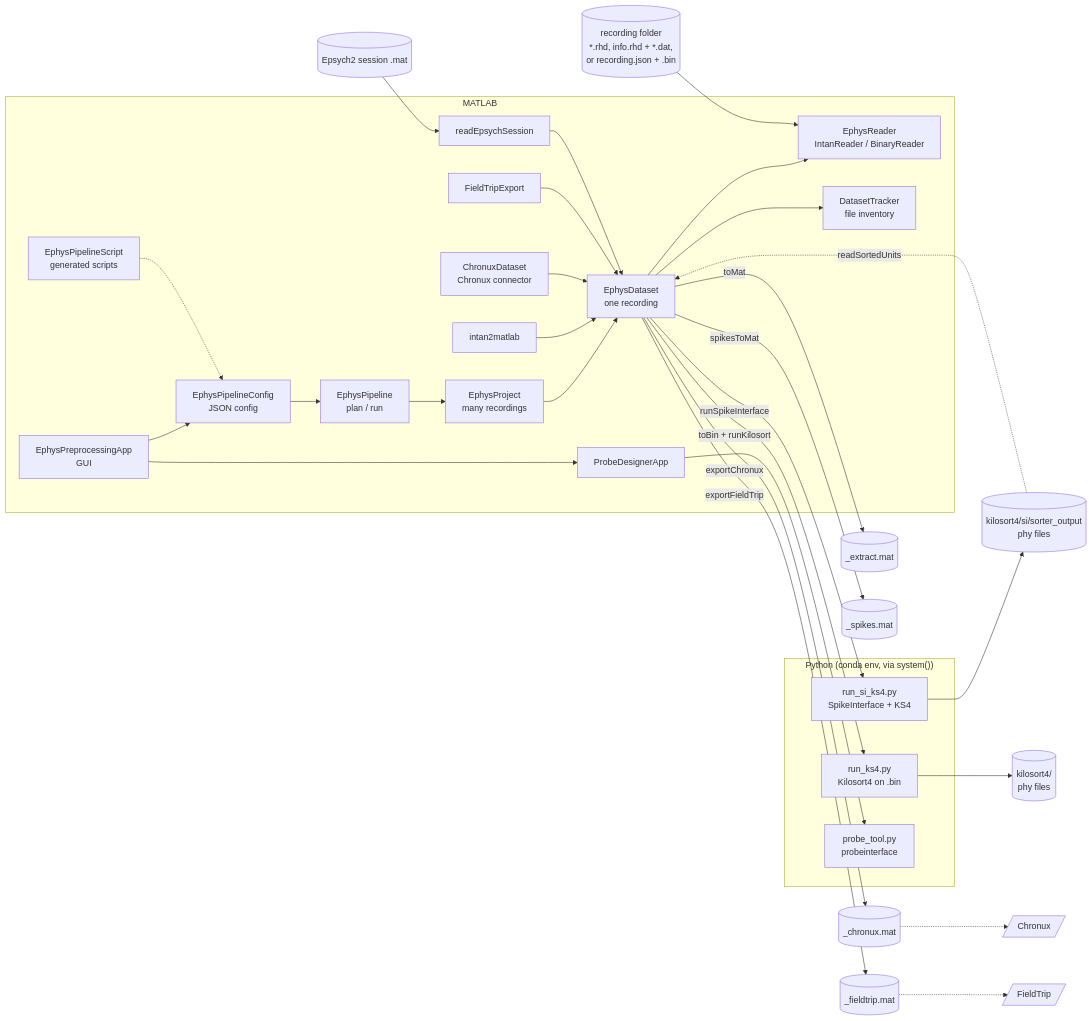
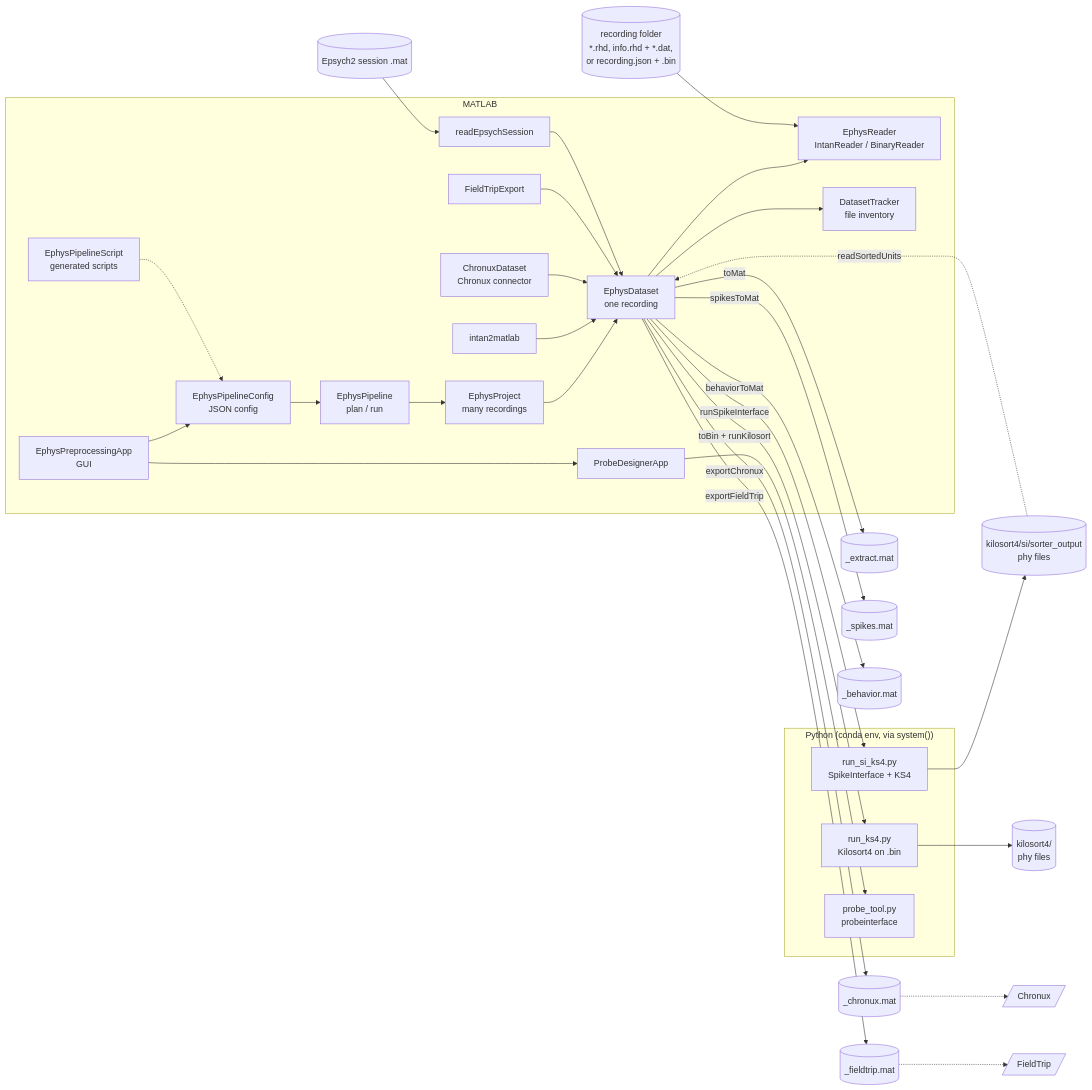
The diagram in documentation/README.md (dstolz/ephys_analysis), drawn with Mermaid before and after one commit. The commit also changed 72 other files, not shown here.

````diff
--- a/documentation/README.md
+++ b/documentation/README.md
@@ -38,36 +38,37 @@
 ```mermaid
 flowchart LR
     subgraph MATLAB
         APP[EphysPreprocessingApp<br/>GUI] --> CFG[EphysPipelineConfig<br/>JSON config]
         CFG --> PIPE[EphysPipeline<br/>plan / run]
         SCR[EphysPipelineScript<br/>generated scripts] -.-> CFG
         APP --> PDA[ProbeDesignerApp]
         PIPE --> PRJ[EphysProject<br/>many recordings]
         PRJ --> DS[EphysDataset<br/>one recording]
         DS --> RD[EphysReader<br/>IntanReader / BinaryReader]
         DS --> DT[DatasetTracker<br/>file inventory]
         I2M[intan2matlab] --> DS
         CX[ChronuxDataset<br/>Chronux connector] --> DS
         FT[FieldTripExport] --> DS
         EP[readEpsychSession] --> DS
     end
     subgraph Python["Python (conda env, via system())"]
         SI[run_si_ks4.py<br/>SpikeInterface + KS4]
         KS[run_ks4.py<br/>Kilosort4 on .bin]
         PT[probe_tool.py<br/>probeinterface]
     end
     RAW[(recording folder<br/>*.rhd, info.rhd + *.dat,<br/>or recording.json + .bin)] --> RD
     BEH[(Epsych2 session .mat)] --> EP
     DS -- runSpikeInterface --> SI
     DS -- toBin + runKilosort --> KS
     PDA --> PT
     SI --> OUT[(kilosort4/si/sorter_output<br/>phy files)]
     KS --> OUT2[(kilosort4/<br/>phy files)]
     OUT -. readSortedUnits .-> DS
     DS -- toMat --> MAT[(_extract.mat)]
     DS -- spikesToMat --> SPK[(_spikes.mat)]
+    DS -- behaviorToMat --> BMAT[(_behavior.mat)]
     DS -- exportChronux --> CHX[(_chronux.mat)]
     DS -- exportFieldTrip --> FTX[(_fieldtrip.mat)]
     CHX -.-> CHRONUX[/Chronux/]
     FTX -.-> FIELDTRIP[/FieldTrip/]
 ```
````
